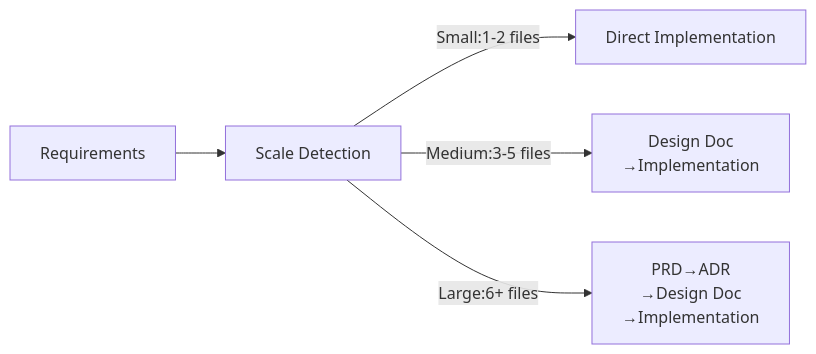
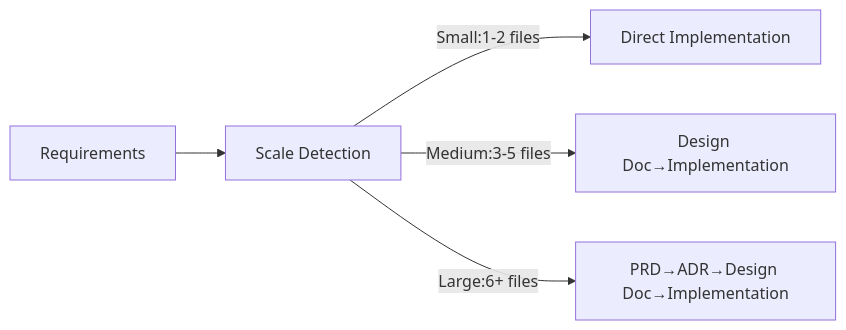
Before and after one commit to shinpr/ai-coding-project-boilerplate: the first of 2 diagrams in docs/guides/en/use-cases.md, drawn with Mermaid. The commit also changed other lines of this file and 2 other files, not shown here.

First line of the commit message:
fix: resolve mermaid diagram syntax errors and update article link

````diff
--- a/docs/guides/en/use-cases.md
+++ b/docs/guides/en/use-cases.md
@@ -17,7 +17,7 @@
 ```mermaid
 graph LR
     A[Requirements] --> B[Scale Detection]
     B -->|Small:1-2 files| C[Direct Implementation]
-    B -->|Medium:3-5 files| D[Design Doc<br>→Implementation]
-    B -->|Large:6+ files| E[PRD→ADR<br>→Design Doc<br>→Implementation]
+    B -->|Medium:3-5 files| D[Design Doc→Implementation]
+    B -->|Large:6+ files| E[PRD→ADR→Design Doc→Implementation]
 ```
````
